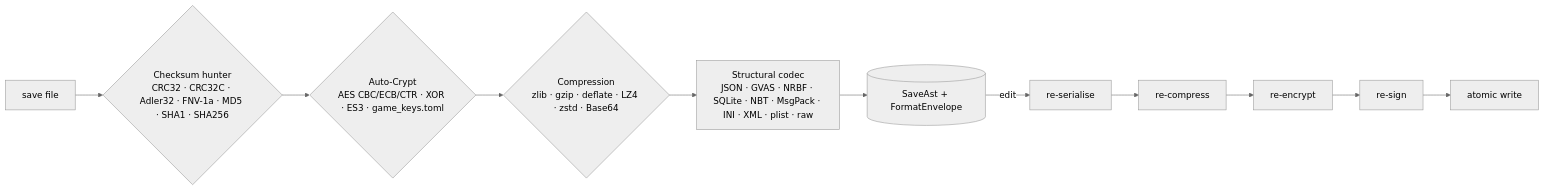
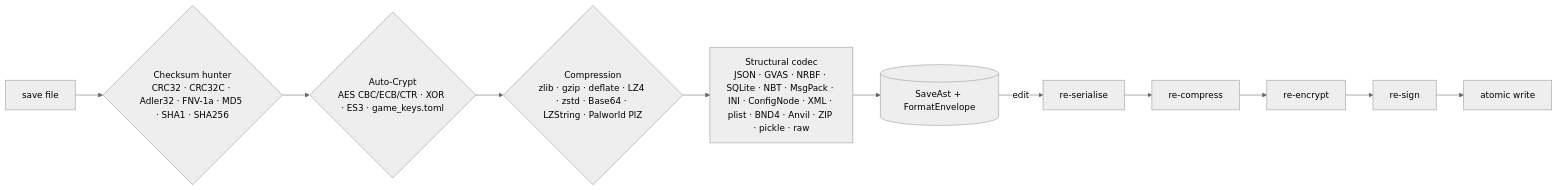
Before and after one commit to gabildev/SaveLens: the diagram in README.md, drawn with Mermaid (neutral theme). The commit also changed other lines of this file and 12 other files, not shown here.

First line of the commit message:
BND4 (Elden Ring/DS3), Anvil regions, ZIP and Python pickle (Ren'Py) codecs; 50-file real-save corpus

````diff
--- a/README.md
+++ b/README.md
@@ -147,9 +148,9 @@
 ```mermaid
 flowchart LR
     F[save file] --> C1{Checksum hunter<br/>CRC32 · CRC32C · Adler32 · FNV-1a · MD5 · SHA1 · SHA256}
     C1 --> C2{Auto-Crypt<br/>AES CBC/ECB/CTR · XOR · ES3 · game_keys.toml}
-    C2 --> C3{Compression<br/>zlib · gzip · deflate · LZ4 · zstd · Base64}
-    C3 --> P[Structural codec<br/>JSON · GVAS · NRBF · SQLite · NBT · MsgPack · INI · XML · plist · raw]
+    C2 --> C3{Compression<br/>zlib · gzip · deflate · LZ4 · zstd · Base64 · LZString · Palworld PlZ}
+    C3 --> P[Structural codec<br/>JSON · GVAS · NRBF · SQLite · NBT · MsgPack · INI · ConfigNode · XML · plist · BND4 · Anvil · ZIP · pickle · raw]
     P --> A[(SaveAst + FormatEnvelope)]
     A -- edit --> P2[re-serialise] --> R3[re-compress] --> R2[re-encrypt] --> R1[re-sign] --> W[atomic write]
 ```
````
